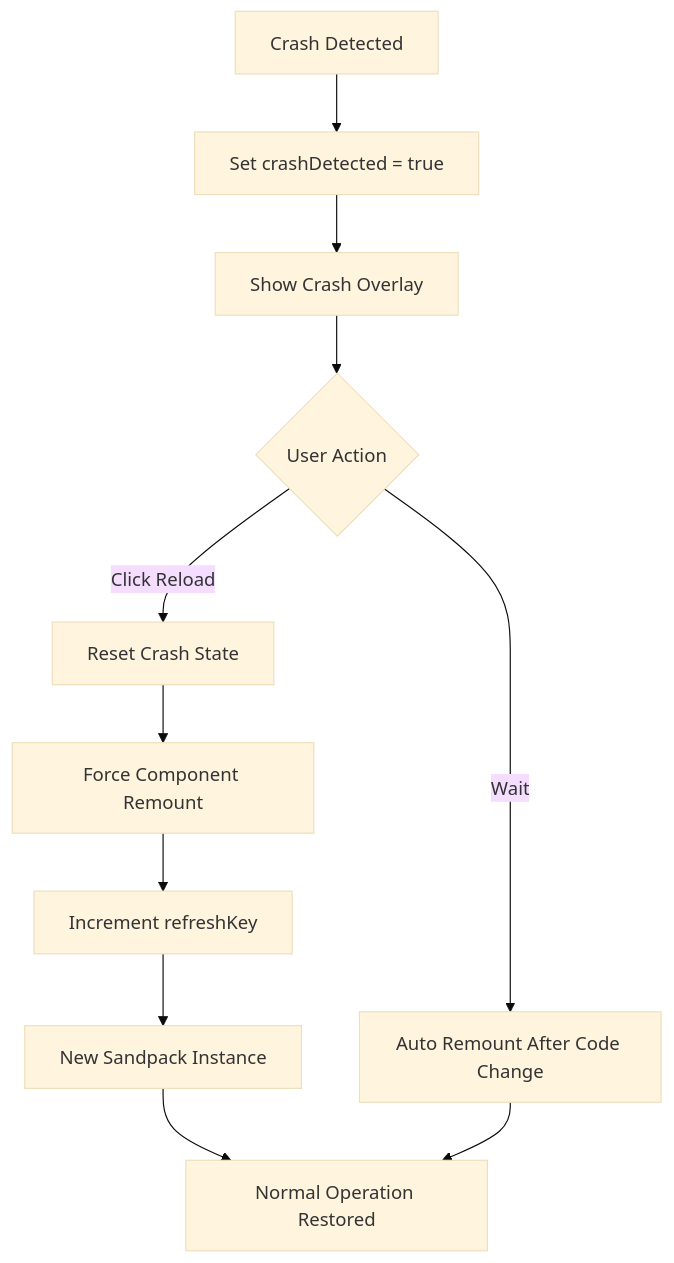
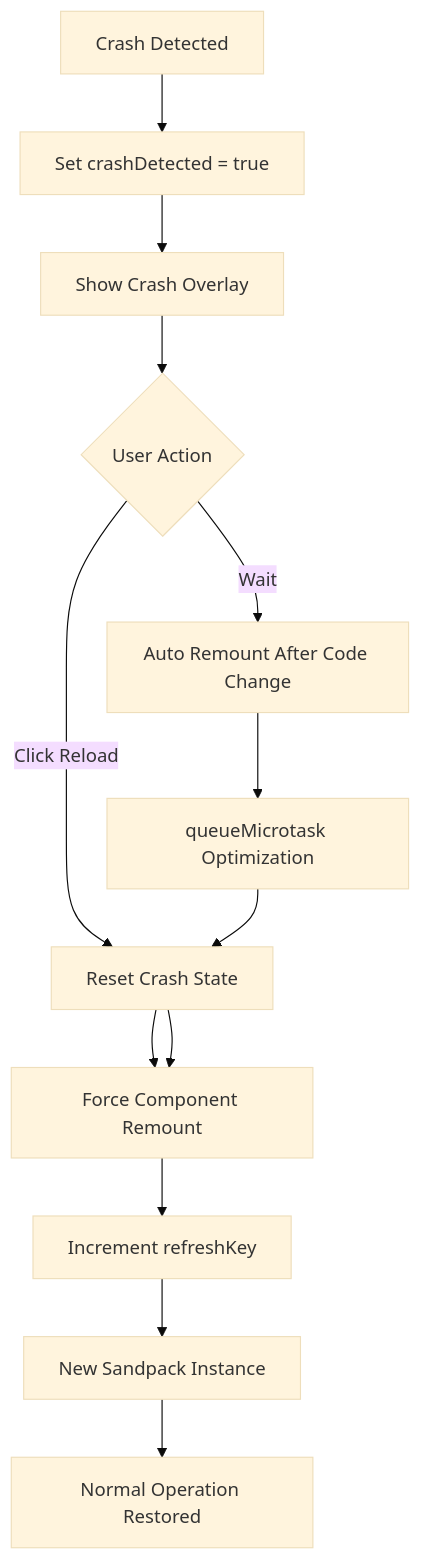
The third of 11 diagrams in .qoder/repowiki/en/content/Sandbox Runtime Crash Handling.md (shekhargiri005-dotcom/AI-powered-accessibility-first-UI-engine), drawn with Mermaid (base theme) before and after one commit. The commit also changed other lines of this file and 3 other files, not shown here.

Commit message:
Fix ESLint error: defer setState in useEffect with queueMicrotask

````diff
--- a/.qoder/repowiki/en/content/Sandbox Runtime Crash Handling.md
+++ b/.qoder/repowiki/en/content/Sandbox Runtime Crash Handling.md
@@ -128,13 +145,15 @@
 ```mermaid
 flowchart TD
 CrashDetected[Crash Detected] --> SetFlag[Set crashDetected = true]
 SetFlag --> ShowOverlay[Show Crash Overlay]
 ShowOverlay --> UserAction{User Action}
 UserAction --> |Click Reload| ResetState[Reset Crash State]
 ResetState --> ForceRemount[Force Component Remount]
-ForceRemount --> ClearKey[Increment refreshKey]
-ClearKey --> NewMount[New Sandpack Instance]
+ForceRemount --> IncrementKey[Increment refreshKey]
+IncrementKey --> NewMount[New Sandpack Instance]
 NewMount --> NormalOperation[Normal Operation Restored]
 UserAction --> |Wait| AutoRemount[Auto Remount After Code Change]
-AutoRemount --> NormalOperation
+AutoRemount --> QueueMicrotask[queueMicrotask Optimization]
+QueueMicrotask --> ResetState
+ResetState --> ForceRemount
 ```
````
